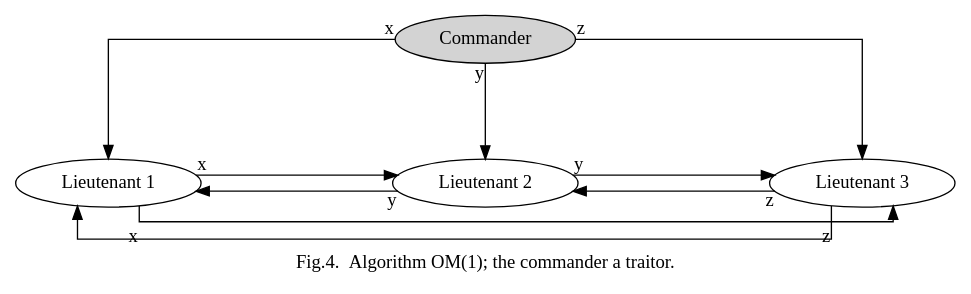
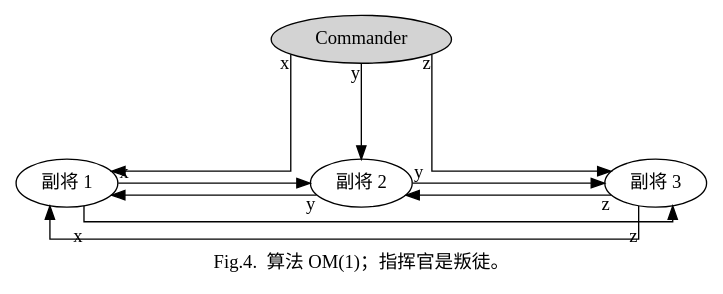
Before and after one commit to Robinpig/Note: the fourth of 5 diagrams in docs/CS/Distributed/Byzantine.md, drawn with Graphviz. The commit also changed other lines of this file and 355 other files, not shown here.

````diff
--- a/docs/CS/Distributed/Byzantine.md
+++ b/docs/CS/Distributed/Byzantine.md
@@ -177,27 +173,22 @@
 ```dot
 digraph {
-    label="Fig.4.  Algorithm OM(1); the commander a traitor."
+    label="Fig.4.  算法 OM(1)；指挥官是叛徒。"
     nodesep=2;
     ranksep=1;
     splines=ortho;
-  
     Commander[style=filled]
-    Lieutenant1[label="Lieutenant 1"];
-    Lieutenant2[label="Lieutenant 2"];
-    Lieutenant3[label="Lieutenant 3"];
-  
+    Lieutenant1[label="副将 1"];
+    Lieutenant2[label="副将 2"];
+    Lieutenant3[label="副将 3"];
     Commander -> Lieutenant1[taillabel="x"];
     Commander -> Lieutenant2[taillabel="y"];
     Commander -> Lieutenant3[taillabel="z"];
-  
     {rank="same";Lieutenant1;Lieutenant2;Lieutenant3;}
-  
     Lieutenant2 -> Lieutenant3[taillabel="y"];
     Lieutenant2 -> Lieutenant1[taillabel="y"];
     Lieutenant3 -> Lieutenant1[taillabel="\nz"];
     Lieutenant3 -> Lieutenant2[taillabel="z"];
     Lieutenant1 -> Lieutenant2[taillabel="x"];
     Lieutenant1 -> Lieutenant3[taillabel="\nx"];
-  
 }
 ```
````
